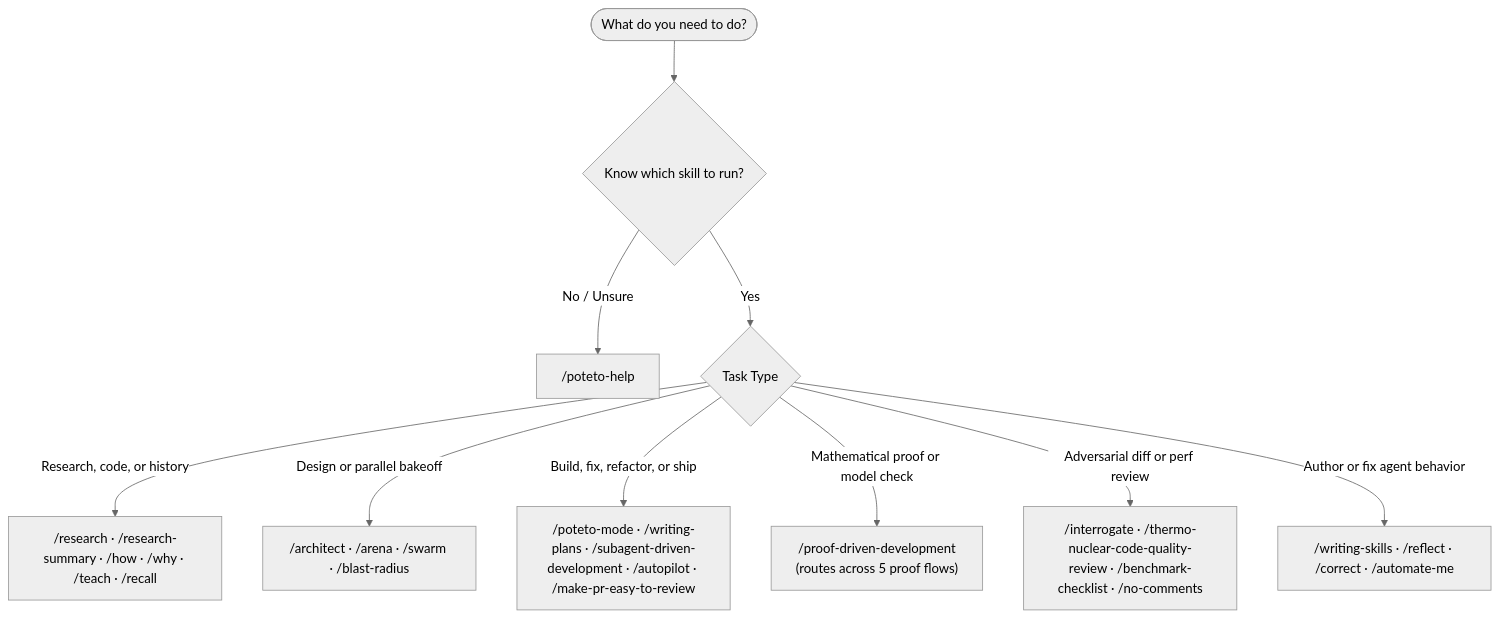
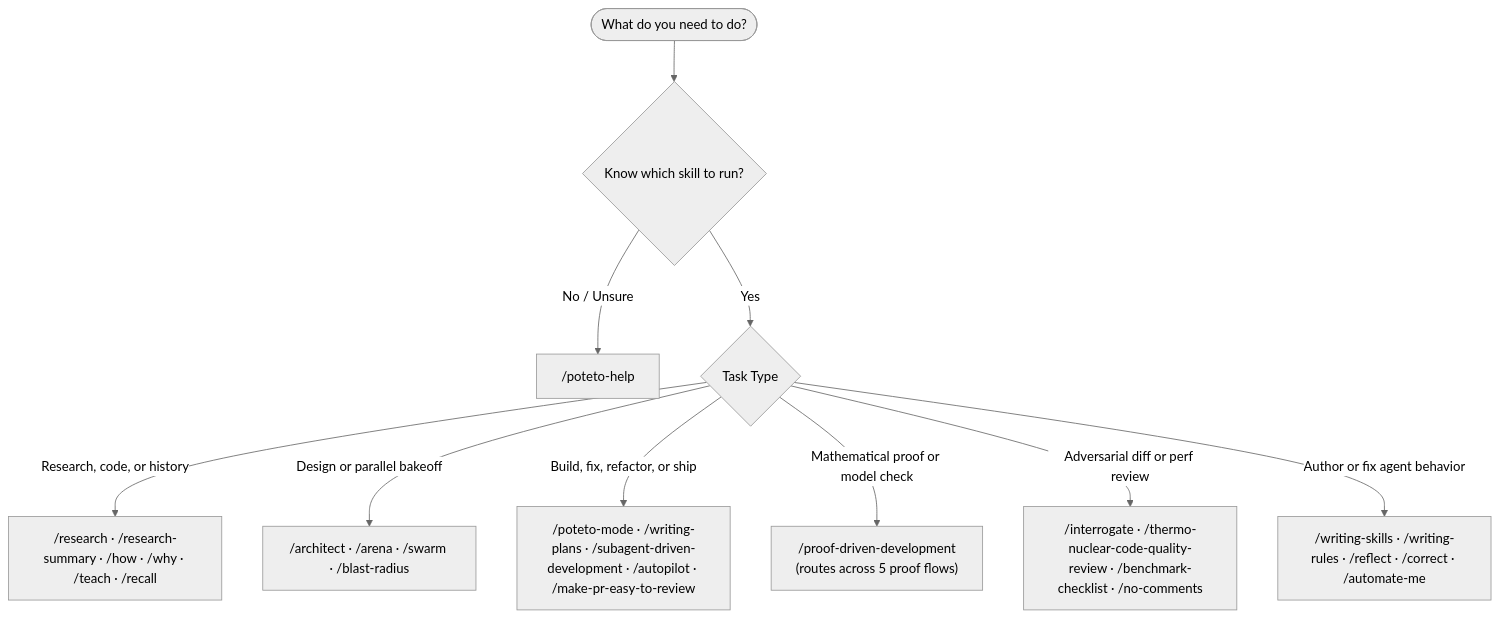
The second of 3 diagrams in README.md (PhillipChaffee/.agents), drawn with Mermaid (neutral theme) before and after one commit. The commit also changed other lines of this file and 2 other files, not shown here.

Commit message:
feat(skills): add writing-rules skill for TDD rule authoring and triage

````diff
--- a/README.md
+++ b/README.md
@@ -74,13 +74,13 @@
 ```mermaid
 flowchart TD
     Start(["What do you need to do?"]) --> Q1{"Know which skill to run?"}
     Q1 -->|"No / Unsure"| Help["/poteto-help"]
     Q1 -->|"Yes"| Q2{"Task Type"}
 
     Q2 -->|"Research, code, or history"| Understand["/research · /research-summary · /how · /why · /teach · /recall"]
     Q2 -->|"Design or parallel bakeoff"| Design["/architect · /arena · /swarm · /blast-radius"]
     Q2 -->|"Build, fix, refactor, or ship"| Execute["/poteto-mode · /writing-plans · /subagent-driven-development · /autopilot · /make-pr-easy-to-review"]
     Q2 -->|"Mathematical proof or model check"| Prove["/proof-driven-development<br/>(routes across 5 proof flows)"]
     Q2 -->|"Adversarial diff or perf review"| Review["/interrogate · /thermo-nuclear-code-quality-review · /benchmark-checklist · /no-comments"]
-    Q2 -->|"Author or fix agent behavior"| Meta["/writing-skills · /reflect · /correct · /automate-me"]
+    Q2 -->|"Author or fix agent behavior"| Meta["/writing-skills · /writing-rules · /reflect · /correct · /automate-me"]
 ```
````
